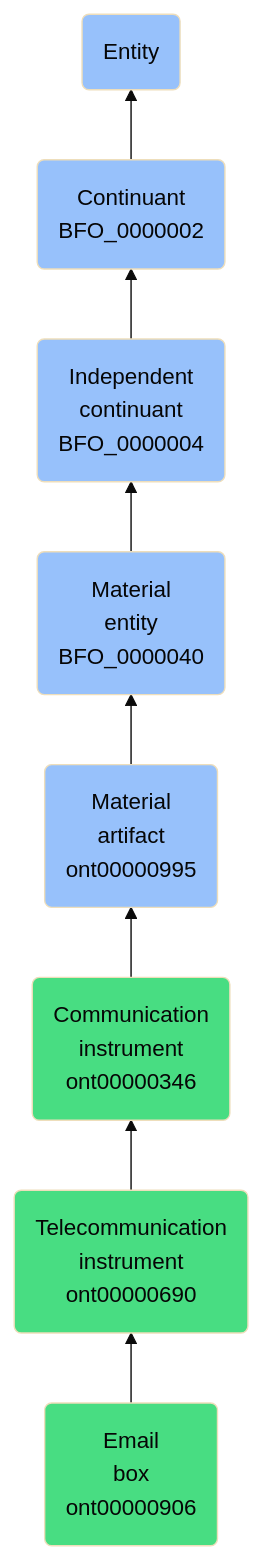
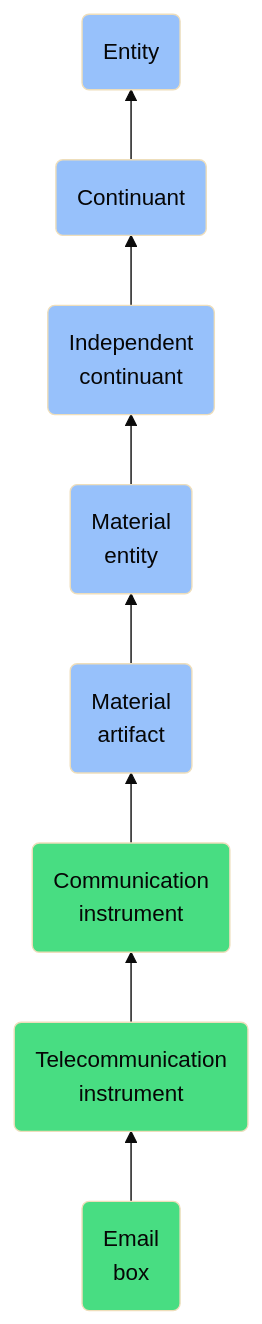
Before and after one commit to jupyter-naas/abi: the diagram in docs/ontology/reference/model/Entity/Continuant/Independent continuant/Material entity/Material artifact/Communication instrument/Telecommunication instrument/Email box/Email box.md, drawn with Mermaid (base theme). The commit also changed other lines of this file and 1430 other files, not shown here.

````diff
--- a/docs/ontology/reference/model/Entity/Continuant/Independent continuant/Material entity/Material artifact/Communication instrument/Telecommunication instrument/Email box/Email box.md
+++ b/docs/ontology/reference/model/Entity/Continuant/Independent continuant/Material entity/Material artifact/Communication instrument/Telecommunication instrument/Email box/Email box.md
@@ -24,15 +24,15 @@
 ```mermaid
 graph BT
-    ont00000906(Email<br>box<br>ont00000906):::ABI-->ont00000690
-    ont00000690(Telecommunication<br>instrument<br>ont00000690):::ABI-->ont00000346
-    ont00000346(Communication<br>instrument<br>ont00000346):::ABI-->ont00000995
-    ont00000995(Material<br>artifact<br>ont00000995):::BFO-->BFO_0000040
-    BFO_0000040(Material<br>entity<br>BFO_0000040):::BFO-->BFO_0000004
-    BFO_0000004(Independent<br>continuant<br>BFO_0000004):::BFO-->BFO_0000002
-    BFO_0000002(Continuant<br>BFO_0000002):::BFO-->BFO_0000001
+    ont00000906(Email<br>box):::ABI-->ont00000690
+    ont00000690(Telecommunication<br>instrument):::ABI-->ont00000346
+    ont00000346(Communication<br>instrument):::ABI-->ont00000995
+    ont00000995(Material<br>artifact):::BFO-->BFO_0000040
+    BFO_0000040(Material<br>entity):::BFO-->BFO_0000004
+    BFO_0000004(Independent<br>continuant):::BFO-->BFO_0000002
+    BFO_0000002(Continuant):::BFO-->BFO_0000001
     BFO_0000001(Entity):::BFO
     
     classDef BFO fill:#97c1fb,color:#060606
     classDef CCO fill:#e4c51e,color:#060606
     classDef ABI fill:#48DD82,color:#060606
 ```
````
